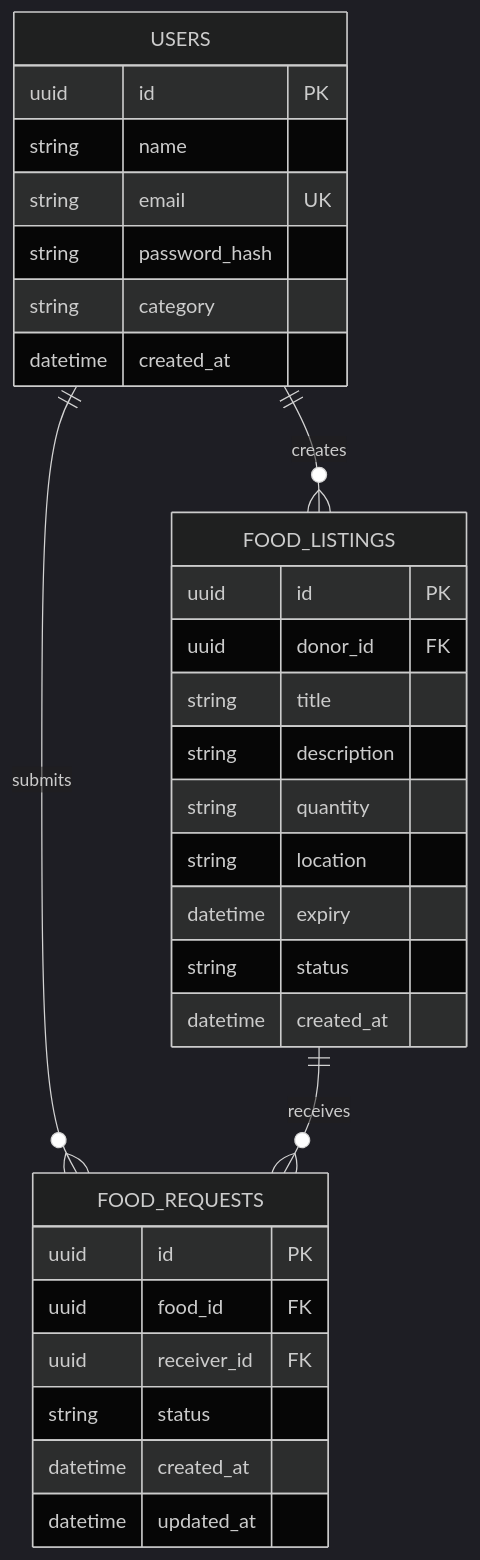
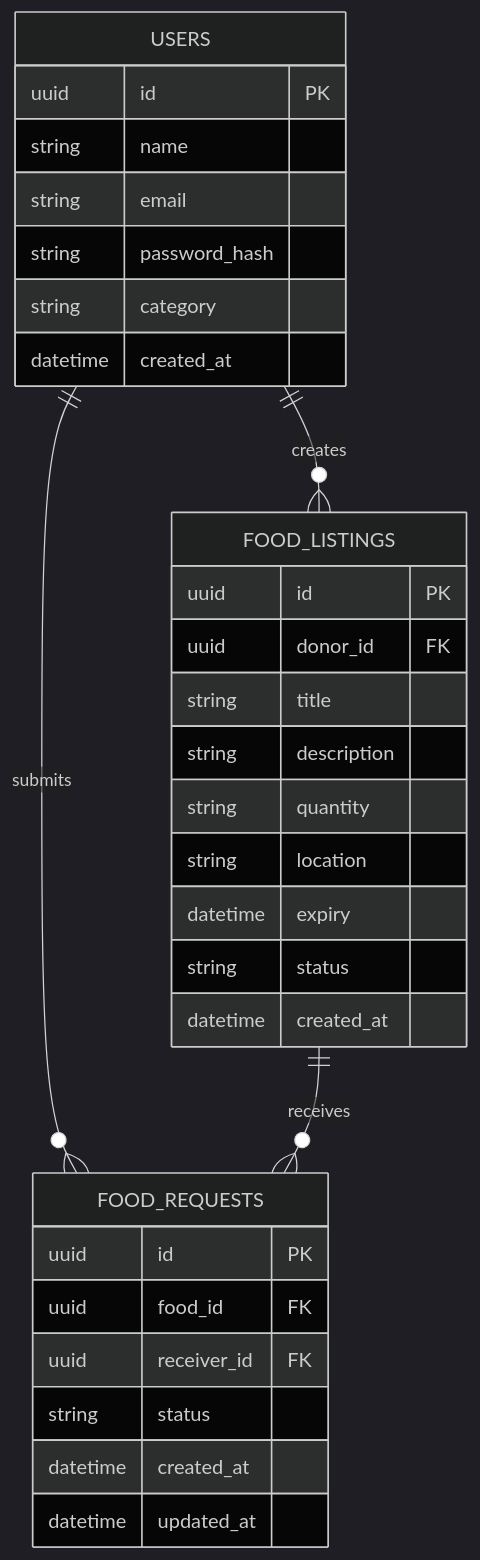
Before and after one commit to sapna71/RePlate: the fourth of 5 diagrams in README.md, drawn with Mermaid (dark theme). The commit also changed other lines of this file, not shown here.

````diff
--- a/README.md
+++ b/README.md
@@ -381,37 +262,37 @@
 ```mermaid
 erDiagram
 
     USERS {
         uuid id PK
         string name
-        string email UK
+        string email
         string password_hash
         string category
         datetime created_at
     }
 
     FOOD_LISTINGS {
         uuid id PK
         uuid donor_id FK
         string title
         string description
         string quantity
         string location
         datetime expiry
         string status
         datetime created_at
     }
 
     FOOD_REQUESTS {
         uuid id PK
         uuid food_id FK
         uuid receiver_id FK
         string status
         datetime created_at
         datetime updated_at
     }
 
     USERS ||--o{ FOOD_LISTINGS : creates
     USERS ||--o{ FOOD_REQUESTS : submits
     FOOD_LISTINGS ||--o{ FOOD_REQUESTS : receives
 ```
````
